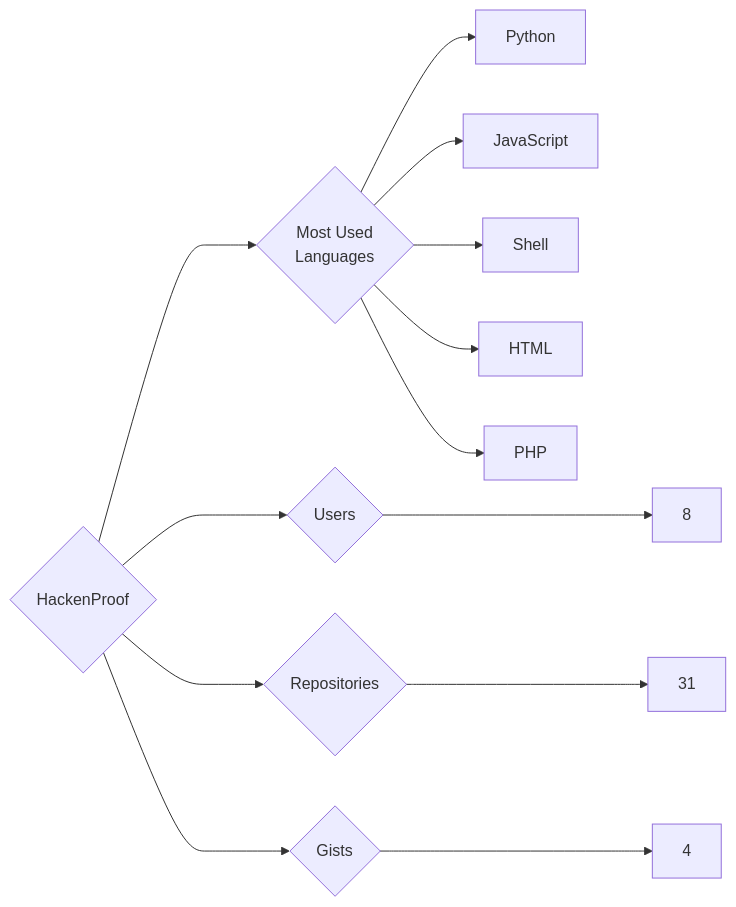
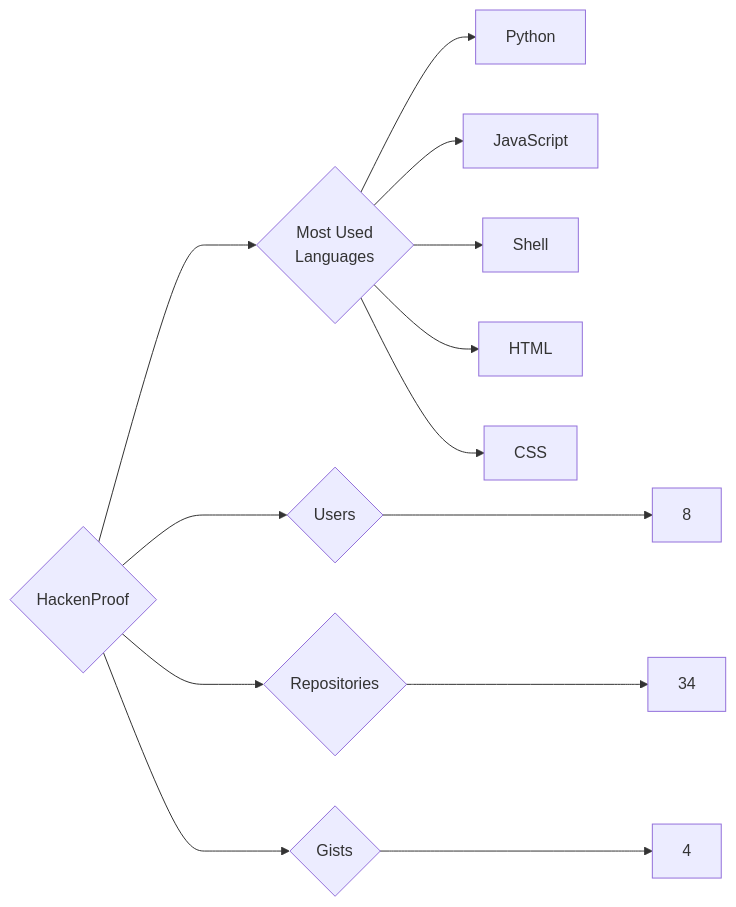
One commit to trickest/insiders changed the diagram in targets/HackenProof/README.md. Above: the diagram before and after it, drawn with Mermaid. The commit also changed 815 other files, not shown here.

````diff
--- a/targets/HackenProof/README.md
+++ b/targets/HackenProof/README.md
@@ -3,13 +3,13 @@
 ```mermaid
 graph LR
 COMPANY_NAME{HackenProof}
 COMPANY_NAME ---> U{Users} ---> UN[8]
-COMPANY_NAME ---> R{Repositories} ---> RN[31]
+COMPANY_NAME ---> R{Repositories} ---> RN[34]
 COMPANY_NAME ---> G{Gists} ---> GN[4]
 COMPANY_NAME ---> ML{Most Used<br>Languages}
 ML --> Python[Python]
 ML --> JavaScript[JavaScript]
 ML --> Shell[Shell]
 ML --> HTML[HTML]
-ML --> PHP[PHP]
+ML --> CSS[CSS]
 ```
````
